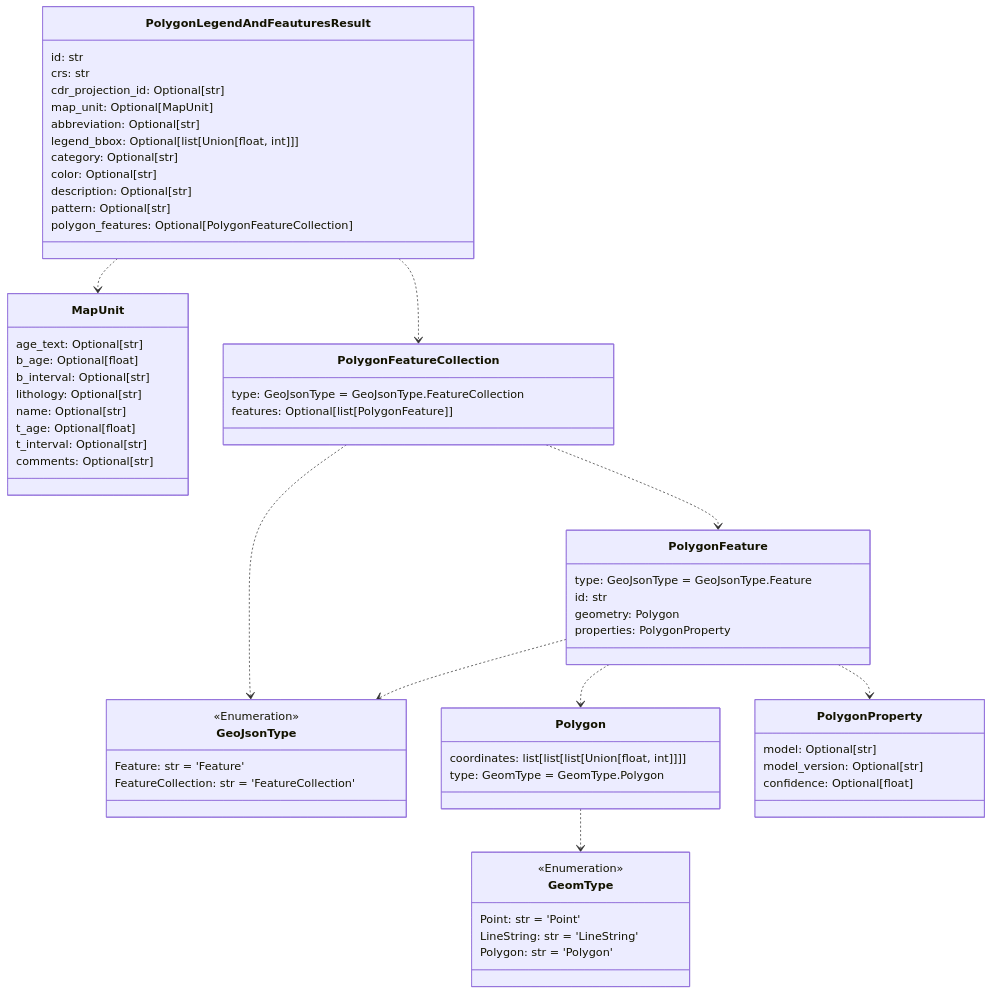
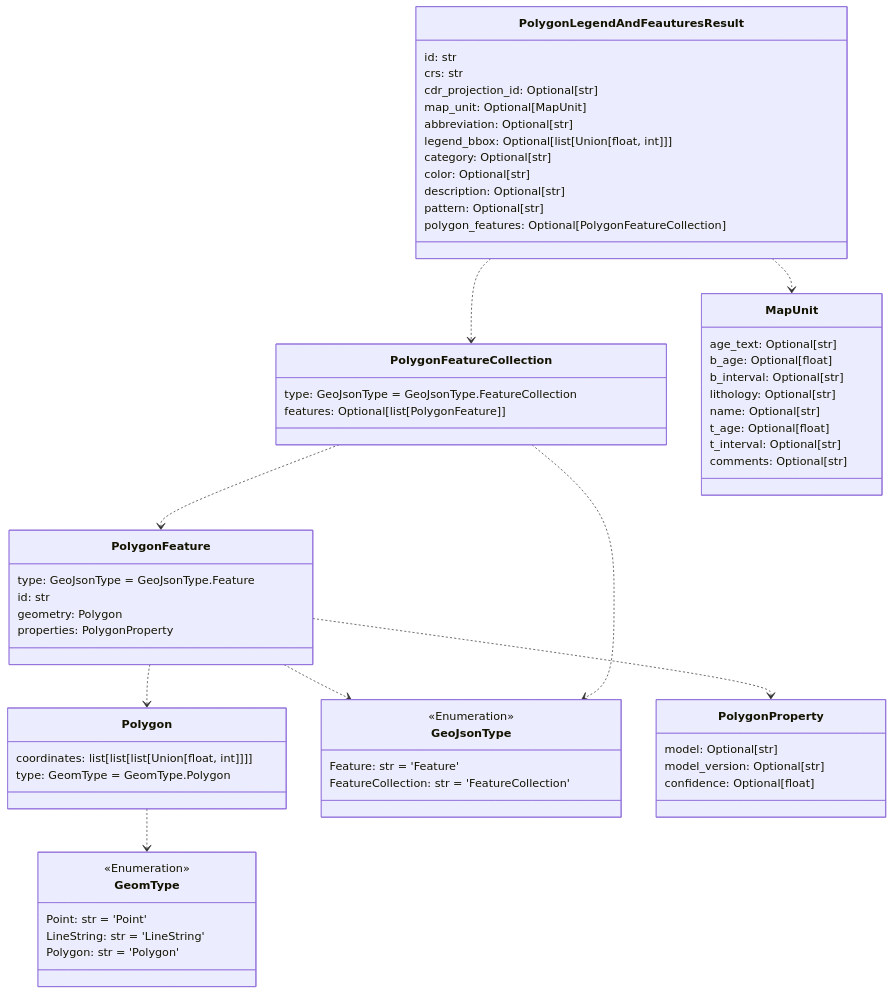
The seventh of 12 diagrams in README.md (DARPA-CRITICALMAAS/cdr_schemas), drawn with Mermaid before and after one commit. The commit also changed other lines of this file and 1 other file, not shown here.

Commit message:
doc metadata + upload schema

````diff
--- a/README.md
+++ b/README.md
@@ -472,75 +472,75 @@
 ```mermaid
 classDiagram
 
-    class MapUnit {
-        age_text: Optional[str]
-        b_age: Optional[float]
-        b_interval: Optional[str]
-        lithology: Optional[str]
-        name: Optional[str]
-        t_age: Optional[float]
-        t_interval: Optional[str]
-        comments: Optional[str]
+    class Polygon {
+        coordinates: list[list[list[Union[float, int]]]]
+        type: GeomType = GeomType.Polygon
+    }
+
+    class PolygonFeatureCollection {
+        type: GeoJsonType = GeoJsonType.FeatureCollection
+        features: Optional[list[PolygonFeature]]
+    }
+
+    class GeoJsonType {
+        <<Enumeration>>
+        Feature: str = 'Feature'
+        FeatureCollection: str = 'FeatureCollection'
     }
 
     class PolygonLegendAndFeauturesResult {
         id: str
         crs: str
         cdr_projection_id: Optional[str]
         map_unit: Optional[MapUnit]
         abbreviation: Optional[str]
         legend_bbox: Optional[list[Union[float, int]]]
         category: Optional[str]
         color: Optional[str]
         description: Optional[str]
         pattern: Optional[str]
         polygon_features: Optional[PolygonFeatureCollection]
     }
 
-    class PolygonFeatureCollection {
-        type: GeoJsonType = GeoJsonType.FeatureCollection
-        features: Optional[list[PolygonFeature]]
+    class PolygonProperty {
+        model: Optional[str]
+        model_version: Optional[str]
+        confidence: Optional[float]
+    }
+
+    class GeomType {
+        <<Enumeration>>
+        Point: str = 'Point'
+        LineString: str = 'LineString'
+        Polygon: str = 'Polygon'
+    }
+
+    class MapUnit {
+        age_text: Optional[str]
+        b_age: Optional[float]
+        b_interval: Optional[str]
+        lithology: Optional[str]
+        name: Optional[str]
+        t_age: Optional[float]
+        t_interval: Optional[str]
+        comments: Optional[str]
     }
 
     class PolygonFeature {
         type: GeoJsonType = GeoJsonType.Feature
         id: str
         geometry: Polygon
         properties: PolygonProperty
     }
 
-    class GeoJsonType {
-        <<Enumeration>>
-        Feature: str = 'Feature'
-        FeatureCollection: str = 'FeatureCollection'
-    }
-
-    class GeomType {
-        <<Enumeration>>
-        Point: str = 'Point'
-        LineString: str = 'LineString'
-        Polygon: str = 'Polygon'
-    }
-
-    class Polygon {
-        coordinates: list[list[list[Union[float, int]]]]
-        type: GeomType = GeomType.Polygon
-    }
-
-    class PolygonProperty {
-        model: Optional[str]
-        model_version: Optional[str]
-        confidence: Optional[float]
-    }
-
     Polygon ..> GeomType
     PolygonFeature ..> Polygon
     PolygonFeature ..> GeoJsonType
     PolygonFeature ..> PolygonProperty
+    PolygonFeatureCollection ..> GeoJsonType
     PolygonFeatureCollection ..> PolygonFeature
-    PolygonFeatureCollection ..> GeoJsonType
+    PolygonLegendAndFeauturesResult ..> MapUnit
     PolygonLegendAndFeauturesResult ..> PolygonFeatureCollection
-    PolygonLegendAndFeauturesResult ..> MapUnit
 
 
 ```
````
